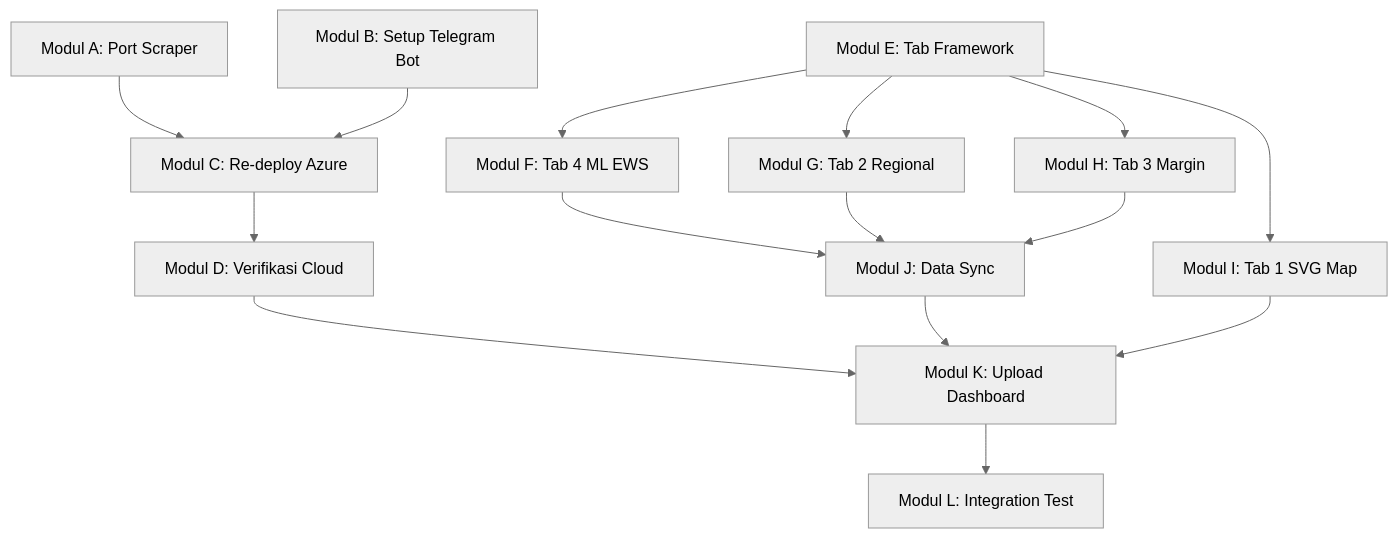
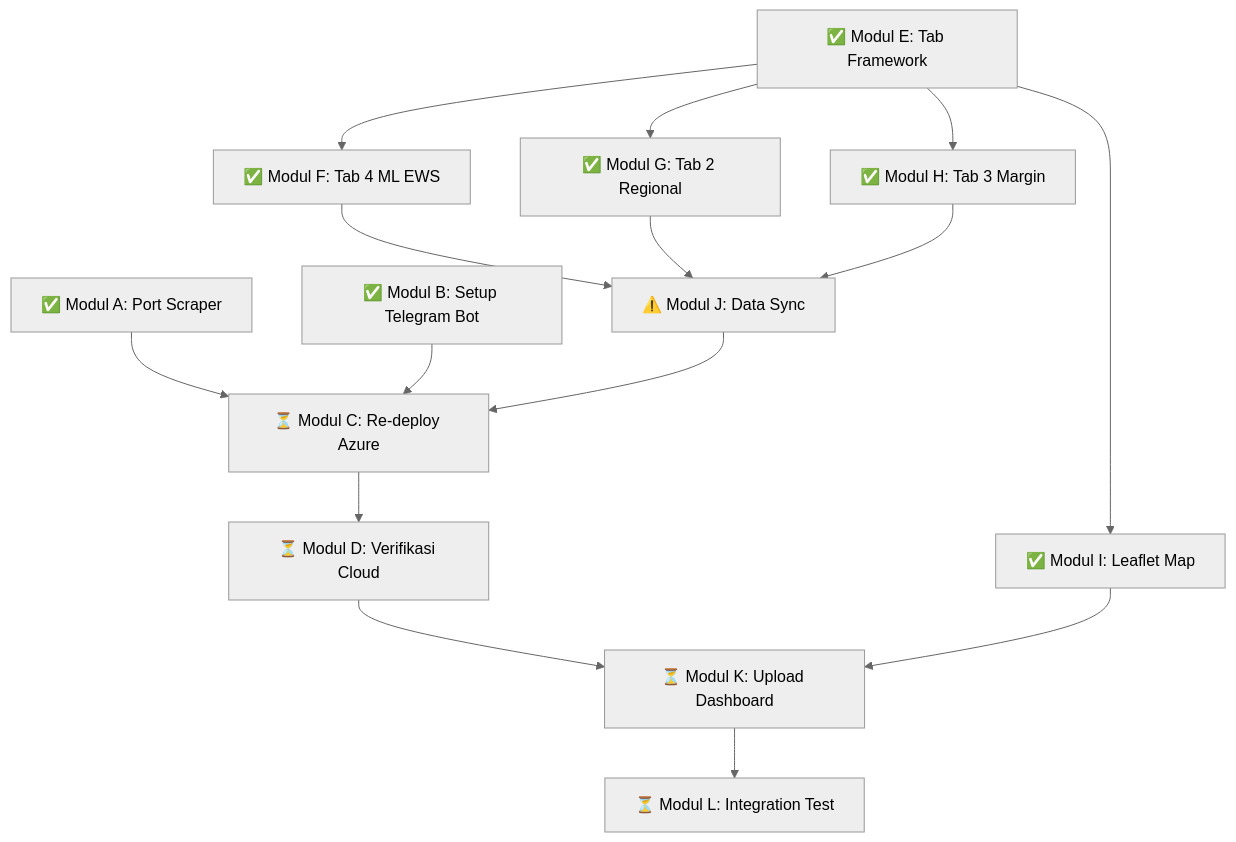
One commit to aceh-resilience-monitor/Aceh-Resilience-Monitor changed the diagram in docs/strategy/planningv3.md. Above: the diagram before and after it, drawn with Mermaid (neutral theme). The commit also changed other lines of this file and 5 other files, not shown here.

Commit message:
feat: add NaN sanitization to local and cloud data orchestrators to prevent JSON parsing issues

````diff
--- a/docs/strategy/planningv3.md
+++ b/docs/strategy/planningv3.md
@@ -400,16 +337,17 @@
 ```mermaid
 graph TD
-    A[Modul A: Port Scraper] --> C[Modul C: Re-deploy Azure]
-    B[Modul B: Setup Telegram Bot] --> C
-    C --> D[Modul D: Verifikasi Cloud]
+    A["✅ Modul A: Port Scraper"] --> C["⏳ Modul C: Re-deploy Azure"]
+    B["✅ Modul B: Setup Telegram Bot"] --> C
+    J["⚠️ Modul J: Data Sync"] --> C
+    C --> D["⏳ Modul D: Verifikasi Cloud"]
     
-    E[Modul E: Tab Framework] --> F[Modul F: Tab 4 ML EWS]
-    E --> G[Modul G: Tab 2 Regional]
-    E --> H[Modul H: Tab 3 Margin]
-    E --> I[Modul I: Tab 1 SVG Map]
+    E["✅ Modul E: Tab Framework"] --> F["✅ Modul F: Tab 4 ML EWS"]
+    E --> G["✅ Modul G: Tab 2 Regional"]
+    E --> H["✅ Modul H: Tab 3 Margin"]
+    E --> I["✅ Modul I: Leaflet Map"]
     
-    F & G & H --> J[Modul J: Data Sync]
-    D & J --> K[Modul K: Upload Dashboard]
+    F & G & H --> J
+    D --> K["⏳ Modul K: Upload Dashboard"]
     I --> K
-    K --> L[Modul L: Integration Test]
+    K --> L["⏳ Modul L: Integration Test"]
 ```
````
